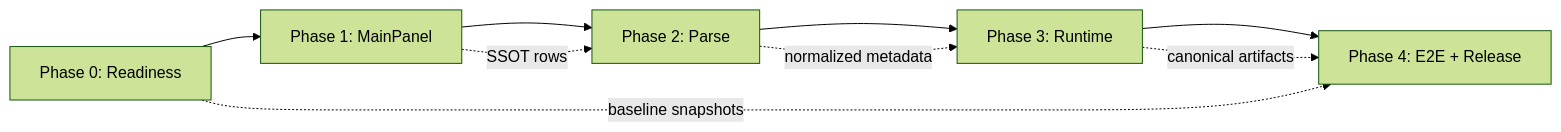
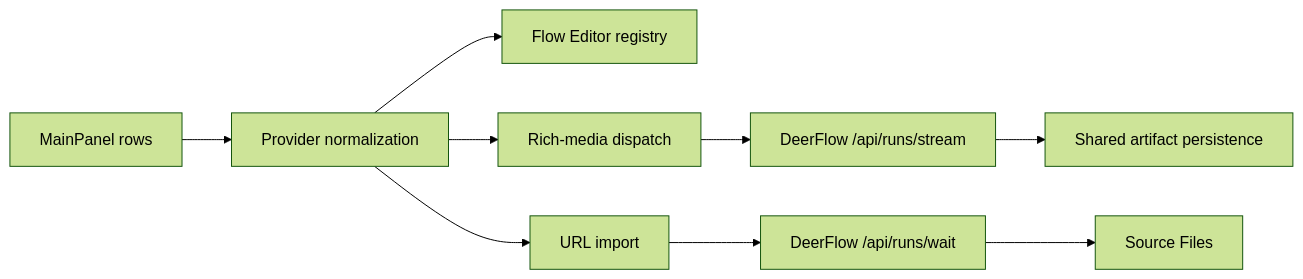
One commit to huijoohwee/knowgrph changed the first of 2 diagrams in docs/documents/knowgrph-deerflow/knowgrph-deerflow-prd-tad-delivery-validation.md. Above: the diagram before and after it, drawn with Mermaid (forest theme). The commit also changed other lines of this file and 88 other files, not shown here.

````diff
--- a/docs/documents/knowgrph-deerflow/knowgrph-deerflow-prd-tad-delivery-validation.md
+++ b/docs/documents/knowgrph-deerflow/knowgrph-deerflow-prd-tad-delivery-validation.md
@@ -20,12 +22,11 @@
 ```mermaid
 flowchart LR
-    P0[Phase 0: Readiness] --> P1[Phase 1: MainPanel]
-    P1 --> P2[Phase 2: Parse]
-    P2 --> P3[Phase 3: Runtime]
-    P3 --> P4[Phase 4: E2E + Release]
-
-    P0 -.->|baseline snapshots| P4
-    P1 -.->|SSOT rows| P2
-    P2 -.->|normalized metadata| P3
-    P3 -.->|canonical artifacts| P4
+    P1[MainPanel rows] --> P2[Provider normalization]
+    P2 --> P3[Flow Editor registry]
+    P2 --> P4[Rich-media dispatch]
+    P4 --> P5[DeerFlow /api/runs/stream]
+    P5 --> P6[Shared artifact persistence]
+    P2 --> P7[URL import]
+    P7 --> P8[DeerFlow /api/runs/wait]
+    P8 --> P9[Source Files]
 ```
````
